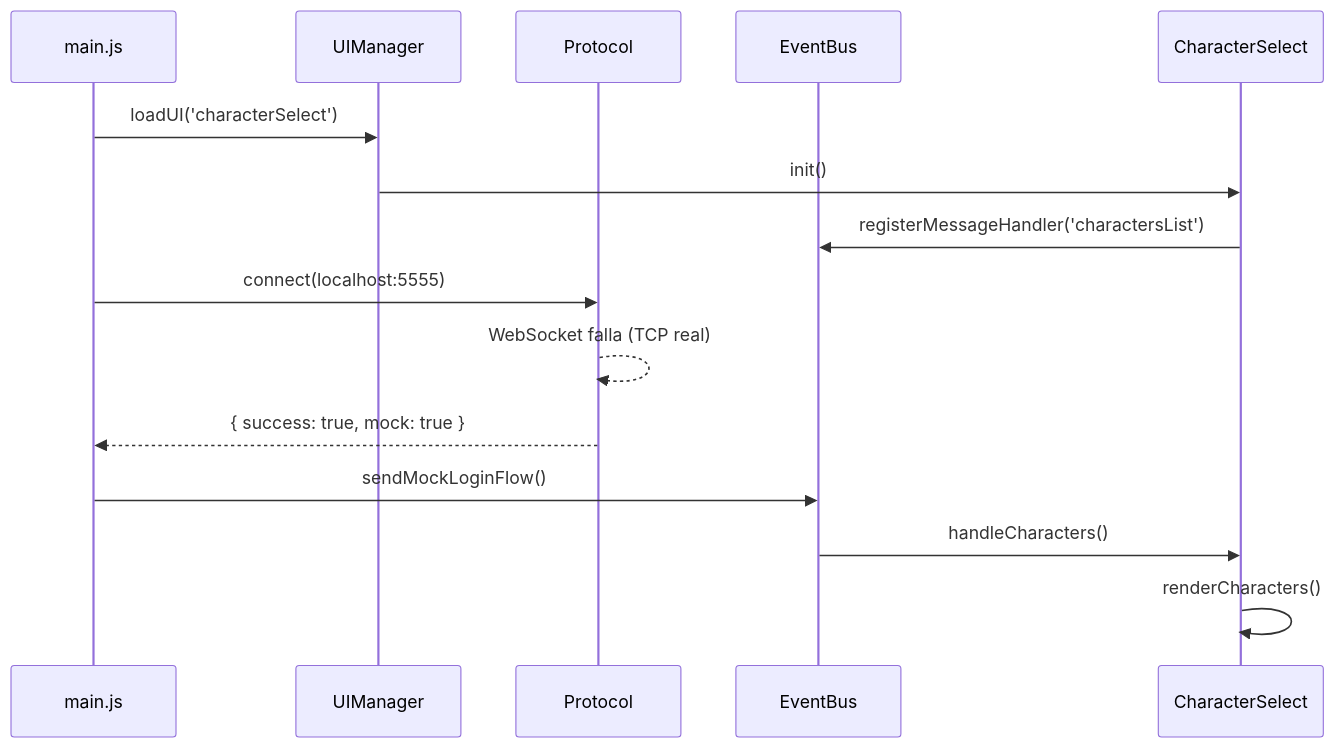
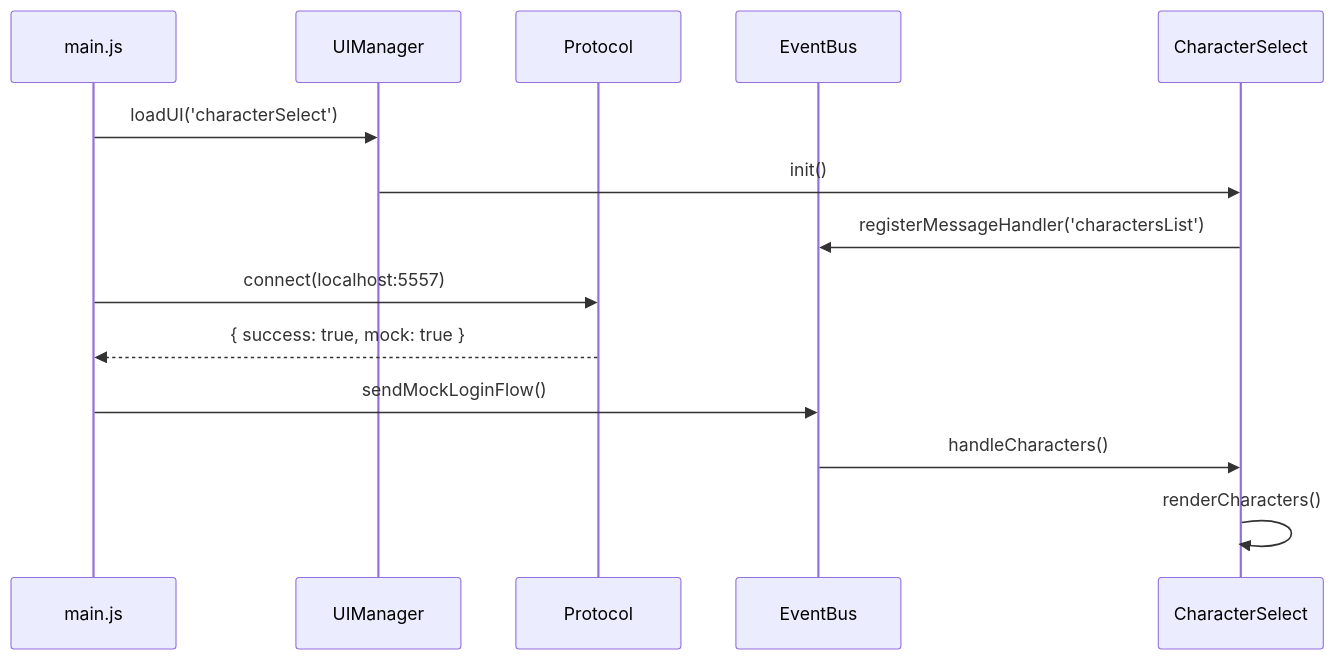
Before and after one commit to Pevalcar/dreamfus-client: the diagram in README.md, drawn with Mermaid. The commit also changed other lines of this file and 38 other files, not shown here.

First line of the commit message:
fix: complete login flow and welcome burst handling

````diff
--- a/README.md
+++ b/README.md
@@ -49,18 +90,17 @@
 ```mermaid
 sequenceDiagram
     participant M as main.js
     participant U as UIManager
     participant P as Protocol
     participant E as EventBus
     participant C as CharacterSelect
 
     M->>U: loadUI('characterSelect')
     U->>C: init()
     C->>E: registerMessageHandler('charactersList')
-    M->>P: connect(localhost:5555)
-    P-->>P: WebSocket falla (TCP real)
+    M->>P: connect(localhost:5557)
     P-->>M: { success: true, mock: true }
     M->>E: sendMockLoginFlow()
     E->>C: handleCharacters()
     C->>C: renderCharacters()
 ```
````
